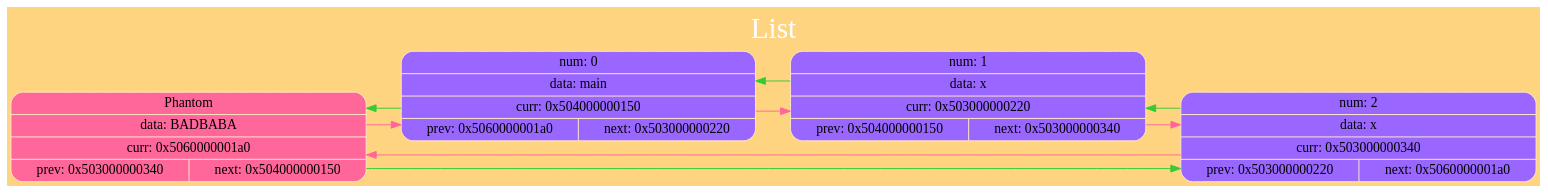
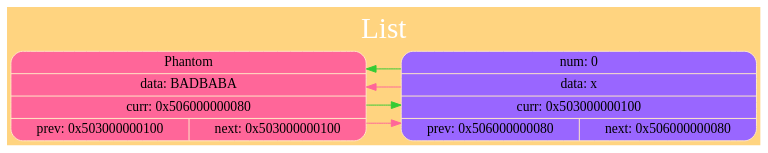
The diagram in StringList/dump/ListGraph.dot (kand1bober/OOSD-Language), drawn with Graphviz before and after one commit. The commit also changed 19 other files, not shown here.

```diff
--- a/StringList/dump/ListGraph.dot
+++ b/StringList/dump/ListGraph.dot
@@ -1,25 +1,19 @@
 digraph G
 {
 label="List";
  labelloc="t";
  fontsize=30
  fontname="Verdana";
  fontcolor="#FFFFFF"
 
 rankdir=LR; splines=ortho; size="200,300"; bgcolor="#ffd480";
-{ node_0x5060000001a0 [shape = record; style="rounded, filled", fillcolor="#ff6699", color="#FFE9C7", label=" { Phantom } | { data: BADBABA } | { curr: 0x5060000001a0 } | { { prev: 0x503000000340 } | { next: 0x504000000150 } }  "] 
+{ node_0x506000000080 [shape = record; style="rounded, filled", fillcolor="#ff6699", color="#FFE9C7", label=" { Phantom } | { data: BADBABA } | { curr: 0x506000000080 } | { { prev: 0x503000000100 } | { next: 0x503000000100 } }  "] 
 }
-node_0x504000000150 [shape = record; style="rounded, filled", fillcolor="#9966FF", color="#FFE9C7", label=" { num: 0 } | { data: main } | { curr: 0x504000000150 } | { { prev: 0x5060000001a0 } | { next: 0x503000000220 } }  "] 
-node_0x503000000220 [shape = record; style="rounded, filled", fillcolor="#9966FF", color="#FFE9C7", label=" { num: 1 } | { data: x } | { curr: 0x503000000220 } | { { prev: 0x504000000150 } | { next: 0x503000000340 } }  "] 
-node_0x503000000340 [shape = record; style="rounded, filled", fillcolor="#9966FF", color="#FFE9C7", label=" { num: 2 } | { data: x } | { curr: 0x503000000340 } | { { prev: 0x503000000220 } | { next: 0x5060000001a0 } }  "] 
+node_0x503000000100 [shape = record; style="rounded, filled", fillcolor="#9966FF", color="#FFE9C7", label=" { num: 0 } | { data: x } | { curr: 0x503000000100 } | { { prev: 0x506000000080 } | { next: 0x506000000080 } }  "] 
 
-node_0x5060000001a0 -> node_0x504000000150 [color ="#ff6699"];
-node_0x5060000001a0 -> node_0x503000000340 [color ="#34cb34"];
-node_0x504000000150 -> node_0x503000000220 [color ="#ff6699"];
-node_0x504000000150 -> node_0x5060000001a0 [color ="#34cb34"];
-node_0x503000000220 -> node_0x503000000340 [color ="#ff6699"];
-node_0x503000000220 -> node_0x504000000150 [color ="#34cb34"];
-node_0x503000000340 -> node_0x5060000001a0 [color ="#ff6699"];
-node_0x503000000340 -> node_0x503000000220 [color ="#34cb34"];
+node_0x506000000080 -> node_0x503000000100 [color ="#ff6699"];
+node_0x506000000080 -> node_0x503000000100 [color ="#34cb34"];
+node_0x503000000100 -> node_0x506000000080 [color ="#ff6699"];
+node_0x503000000100 -> node_0x506000000080 [color ="#34cb34"];
 
 }
```
